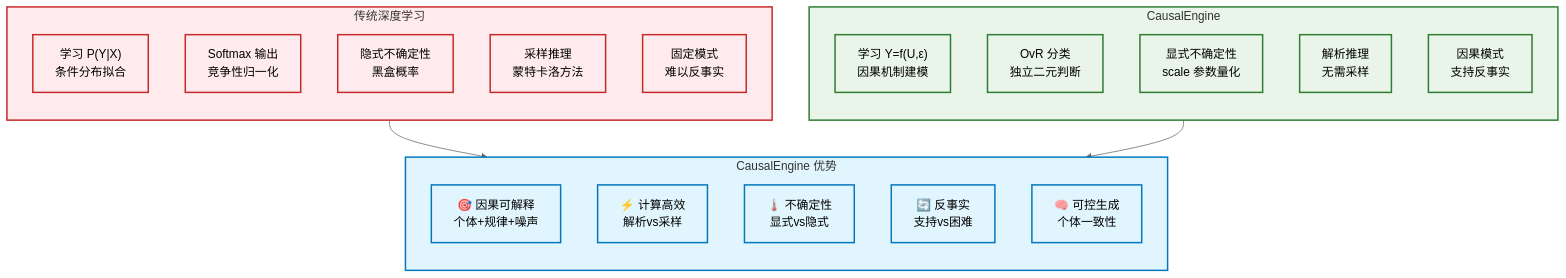
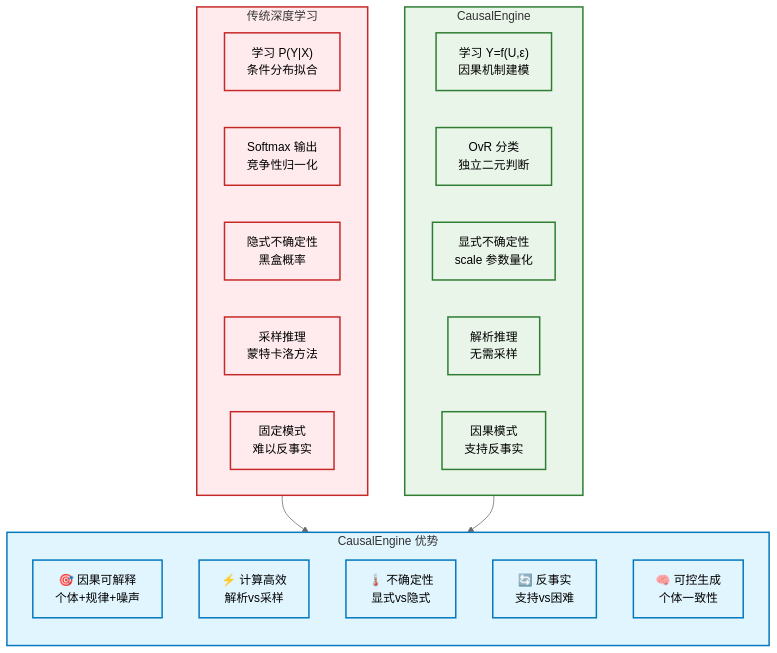
One commit to 1587causalai/causal-sklearn changed the ninth of 10 diagrams in docs/MATHEMATICAL_FOUNDATIONS_CN.md. Above: the diagram before and after it, drawn with Mermaid (neutral theme). The commit also changed other lines of this file, not shown here.

````diff
--- a/docs/MATHEMATICAL_FOUNDATIONS_CN.md
+++ b/docs/MATHEMATICAL_FOUNDATIONS_CN.md
@@ -552,40 +653,40 @@
 ```mermaid
 graph TB
     subgraph Traditional["传统深度学习"]
-        direction TB
+        direction LR
         T1["学习 P(Y|X)<br/>条件分布拟合"]
         T2["Softmax 输出<br/>竞争性归一化"]
         T3["隐式不确定性<br/>黑盒概率"]
         T4["采样推理<br/>蒙特卡洛方法"]
         T5["固定模式<br/>难以反事实"]
     end
     
     subgraph CausalEngine["CausalEngine"]
-        direction TB
+        direction LR
         C1["学习 Y=f(U,ε)<br/>因果机制建模"]
         C2["OvR 分类<br/>独立二元判断"]
         C3["显式不确定性<br/>scale 参数量化"]
         C4["解析推理<br/>无需采样"]
         C5["因果模式<br/>支持反事实"]
     end
     
     subgraph Advantages["CausalEngine 优势"]
         direction TB
         A1["🎯 因果可解释<br/>个体+规律+噪声"]
         A2["⚡ 计算高效<br/>解析vs采样"]
         A3["🌡️ 不确定性<br/>显式vs隐式"]
         A4["🔄 反事实<br/>支持vs困难"]
         A5["🧠 可控生成<br/>个体一致性"]
     end
     
     Traditional --> Advantages
     CausalEngine --> Advantages
     
     classDef traditionalStyle fill:#ffebee,stroke:#c62828,stroke-width:2px
     classDef causalStyle fill:#e8f5e8,stroke:#2e7d32,stroke-width:2px
     classDef advantageStyle fill:#e1f5fe,stroke:#0277bd,stroke-width:2px
     
     class Traditional,T1,T2,T3,T4,T5 traditionalStyle
     class CausalEngine,C1,C2,C3,C4,C5 causalStyle
     class Advantages,A1,A2,A3,A4,A5 advantageStyle
 ```
````
